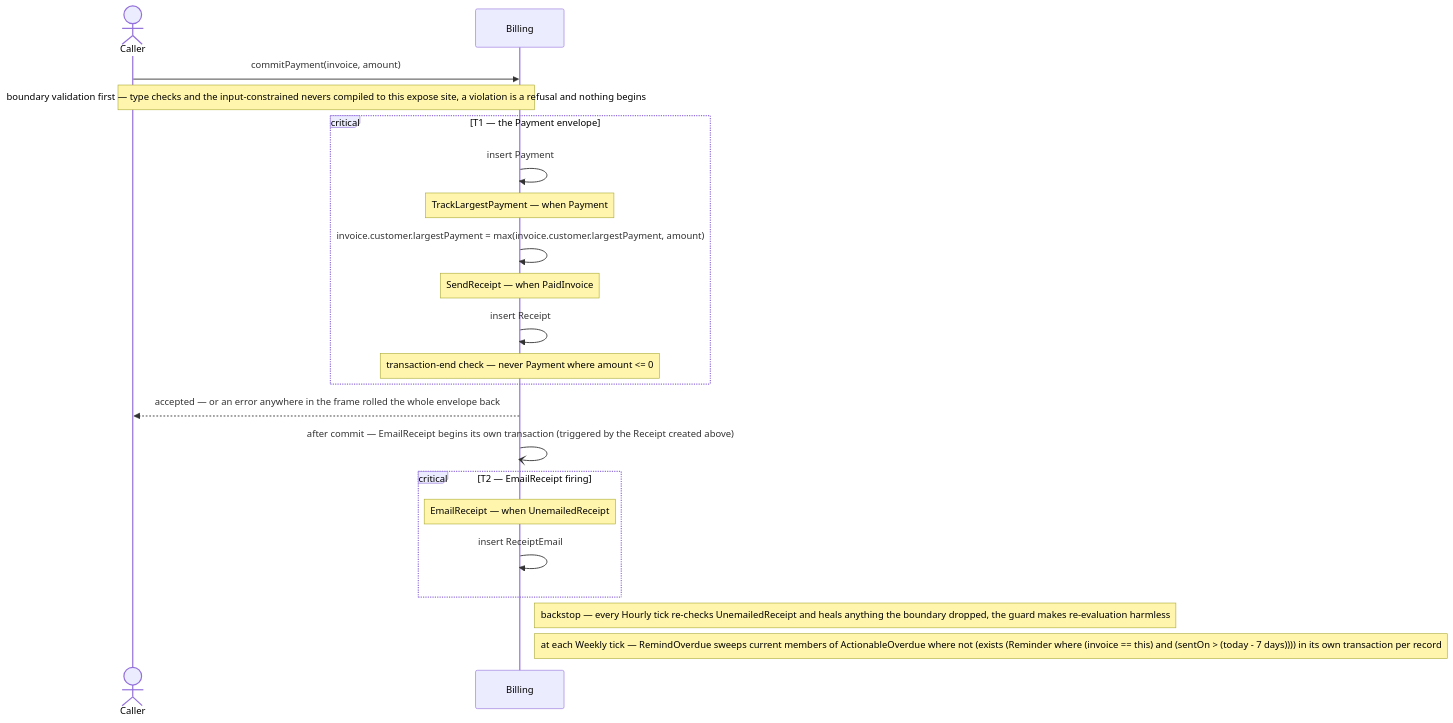
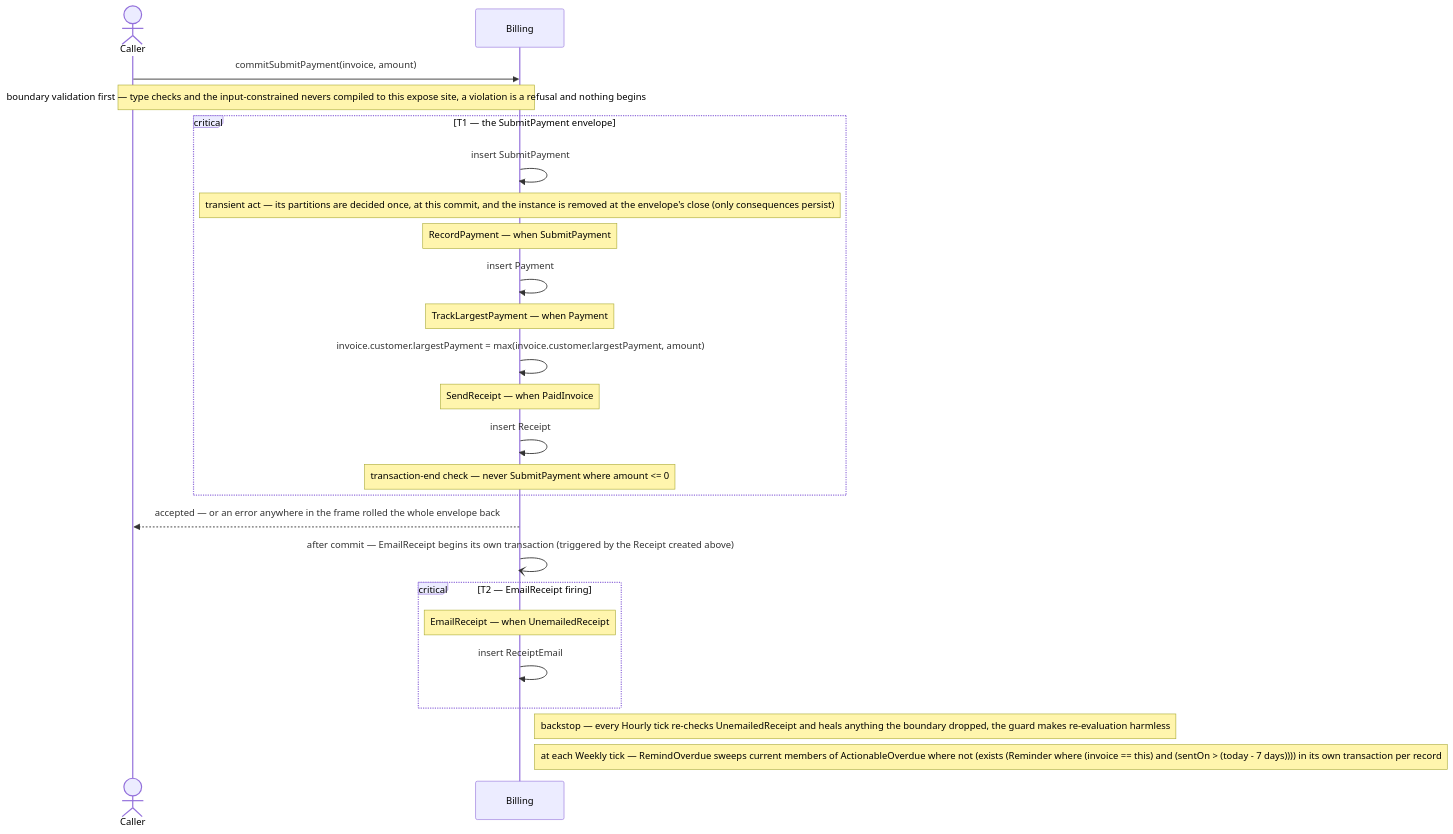
Before and after one commit to daveclay/velle: diagram 12 of 16 in examples/billing/output/DIAGRAMS-Billing.md, drawn with Mermaid. The commit also changed other lines of this file and 106 other files, not shown here.

````diff
--- a/examples/billing/output/DIAGRAMS-Billing.md
+++ b/examples/billing/output/DIAGRAMS-Billing.md
@@ -365,23 +385,26 @@
 ```mermaid
 sequenceDiagram
     actor Caller
     participant S as Billing
-    Caller->>S: commitPayment(invoice, amount)
+    Caller->>S: commitSubmitPayment(invoice, amount)
     Note over Caller,S: boundary validation first — type checks and the input-constrained nevers compiled to this expose site, a violation is a refusal and nothing begins
-    critical T1 — the Payment envelope
+    critical T1 — the SubmitPayment envelope
+        S->>S: insert SubmitPayment
+        Note over S: transient act — its partitions are decided once, at this commit, and the instance is removed at the envelope's close (only consequences persist)
+        Note over S: RecordPayment — when SubmitPayment
         S->>S: insert Payment
         Note over S: TrackLargestPayment — when Payment
         S->>S: invoice.customer.largestPayment = max(invoice.customer.largestPayment, amount)
         Note over S: SendReceipt — when PaidInvoice
         S->>S: insert Receipt
-        Note over S: transaction-end check — never Payment where amount <= 0
+        Note over S: transaction-end check — never SubmitPayment where amount <= 0
     end
     S-->>Caller: accepted — or an error anywhere in the frame rolled the whole envelope back
     S-)S: after commit — EmailReceipt begins its own transaction (triggered by the Receipt created above)
     critical T2 — EmailReceipt firing
         Note over S: EmailReceipt — when UnemailedReceipt
         S->>S: insert ReceiptEmail
     end
     Note right of S: backstop — every Hourly tick re-checks UnemailedReceipt and heals anything the boundary dropped, the guard makes re-evaluation harmless
     Note right of S: at each Weekly tick — RemindOverdue sweeps current members of ActionableOverdue where not (exists (Reminder where (invoice == this) and (sentOn > (today - 7 days)))) in its own transaction per record
 ```
````
